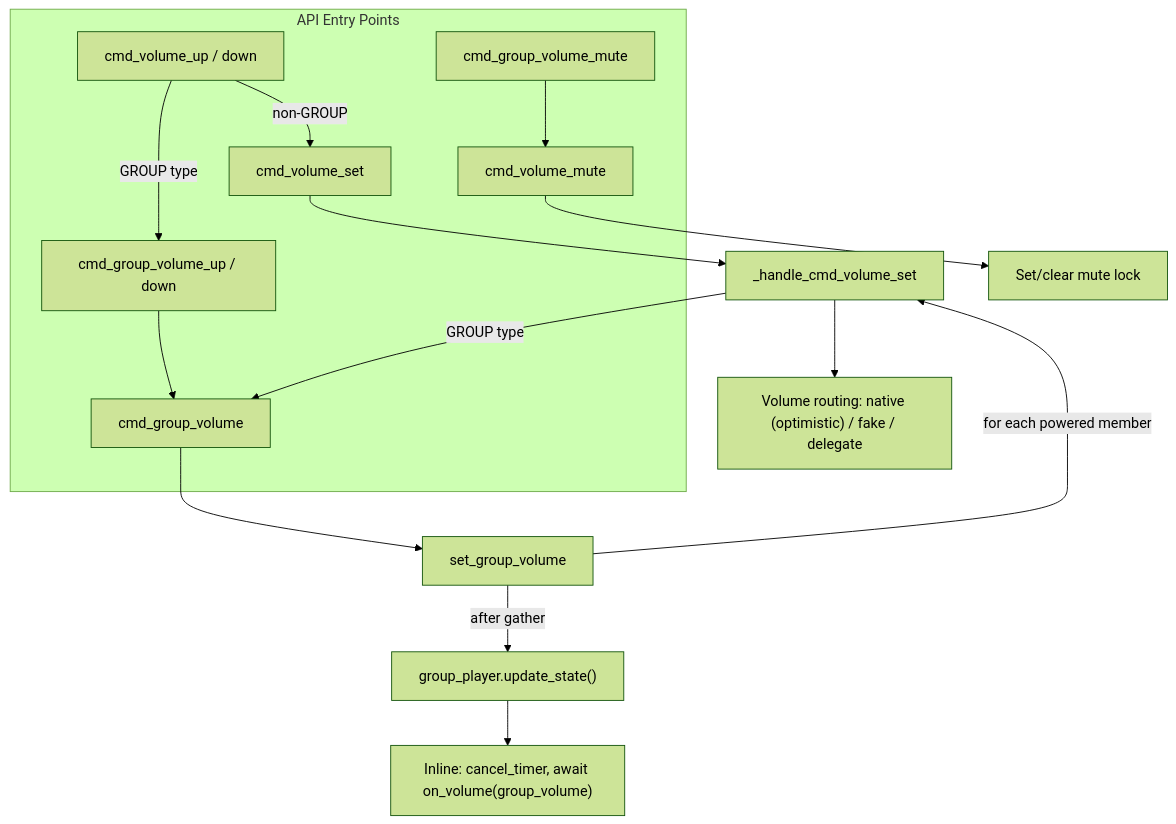
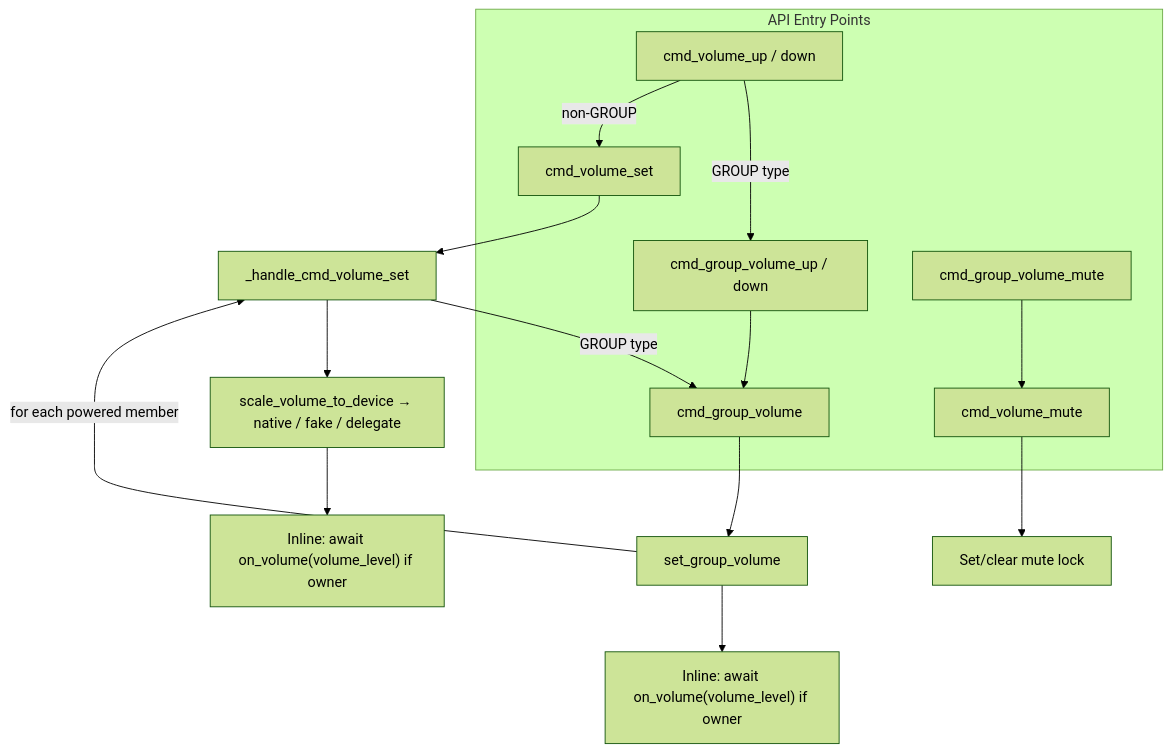
Before and after one commit to theturtle32/music-assistant-server: the second of 2 diagrams in docs/architecture/07-volume.md, drawn with Mermaid (forest theme). The commit also changed other lines of this file and 6 other files, not shown here.

First line of the commit message:
docs: update architecture docs for upstream volume algorithm changes

````diff
--- a/docs/architecture/07-volume.md
+++ b/docs/architecture/07-volume.md
@@ -228,26 +253,26 @@
 ```mermaid
 flowchart TD
     subgraph "API Entry Points"
         V1[cmd_volume_set]
         V2[cmd_volume_up / down]
         V3[cmd_group_volume]
         V4[cmd_group_volume_up / down]
         V5[cmd_group_volume_mute]
         V6[cmd_volume_mute]
     end
 
     V1 --> HV[_handle_cmd_volume_set]
     V2 -->|GROUP type| V4
     V2 -->|non-GROUP| V1
     V3 --> SGV[set_group_volume]
     V4 --> V3
     V5 --> V6
     V6 --> ML[Set/clear mute lock]
 
     HV -->|GROUP type| V3
-    HV --> VR["Volume routing: native (optimistic) / fake / delegate"]
+    HV --> VR["scale_volume_to_device → native / fake / delegate"]
+    VR --> PV3["Inline: await on_volume(volume_level) if owner"]
 
     SGV -->|"for each powered member"| HV
-    SGV -->|"after gather"| GU["group_player.update_state()"]
-    GU --> PV["Inline: cancel_timer, await on_volume(group_volume)"]
+    SGV --> PV2["Inline: await on_volume(volume_level) if owner"]
 ```
````
